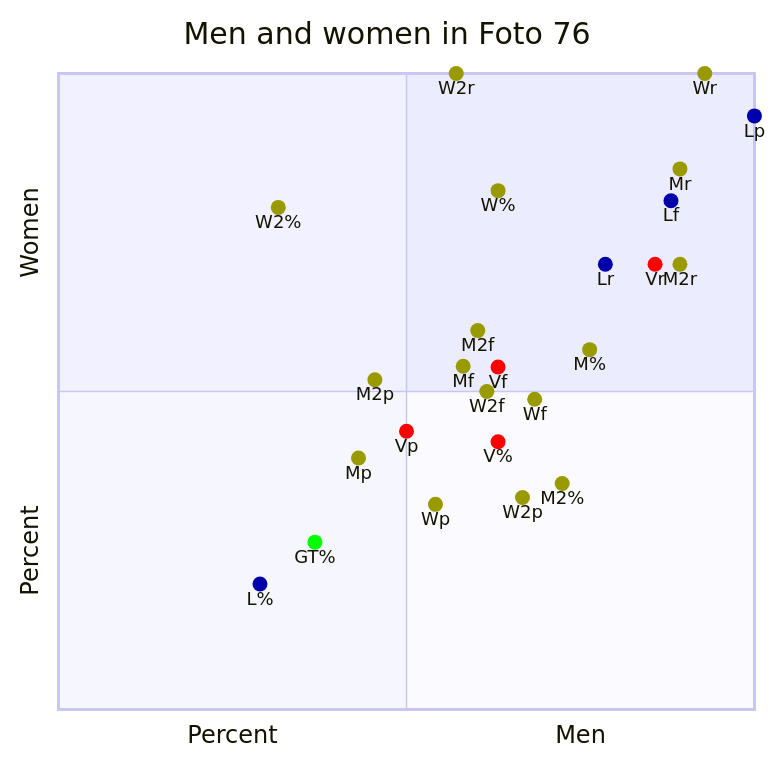
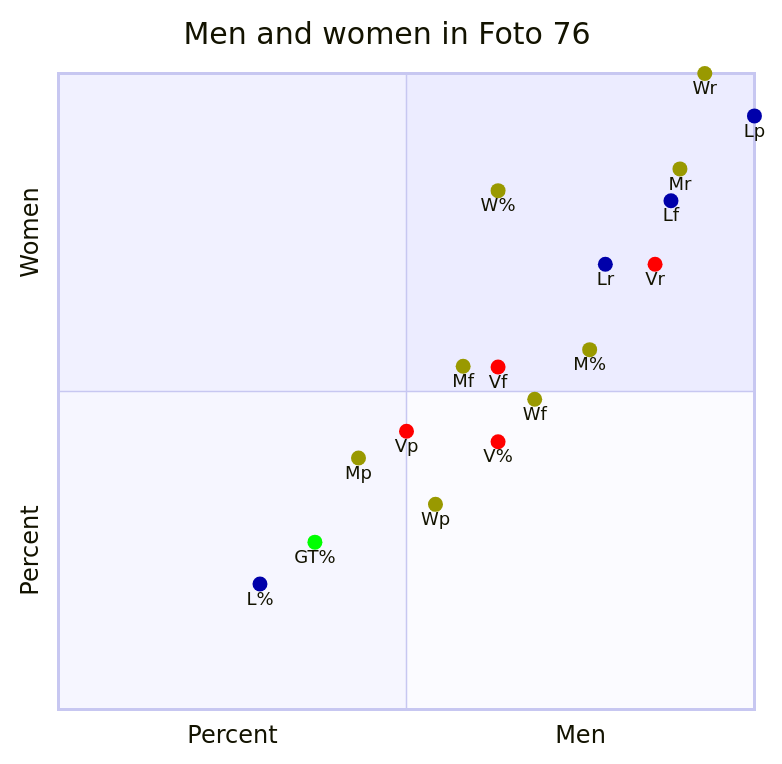
The ninth of 11 diagrams in browser/scatter.md (Modern36/tropes_1500), drawn with Mermaid before and after one commit. The commit also changed other lines of this file and 1 other file, not shown here.

````diff
--- a/browser/scatter.md
+++ b/browser/scatter.md
@@ -303,32 +239,24 @@
 ```mermaid
 quadrantChart
     title Men and women in Foto 76
     x-axis Percent --> Men
     y-axis Percent --> Women
     M%: [0.7631578947368421, 0.5657894736842105] color: #999900
-    M2%: [0.7236842105263158, 0.35526315789473684] color: #999900
     W%: [0.631578947368421, 0.8157894736842105] color: #999900
-    W2%: [0.3157894736842105, 0.7894736842105263] color: #999900
     GT%: [0.3684210526315789, 0.2631578947368421] color: #00FF00
     V%: [0.631578947368421, 0.42105263157894735] color: #FF0000
     L%: [0.2894736842105263, 0.19736842105263158] color: #0000AA
     Lf: [0.88, 0.8]  color: #0000AA
     Lp: [0.9999, 0.9333333333333333]  color: #0000AA
     Lr: [0.7857142857142857, 0.7]  color: #0000AA
     Vf: [0.631578947368421, 0.5384615384615384]  color: #FF0000
     Vp: [0.5, 0.4375]  color: #FF0000
     Vr: [0.8571428571428571, 0.7]  color: #FF0000
-    W2f: [0.6153846153846154, 0.5]  color: #999900
-    W2p: [0.6666666666666666, 0.3333333333333333]  color: #999900
-    W2r: [0.5714285714285714, 0.9999]  color: #999900
     Wf: [0.6842105263157895, 0.4878048780487805]  color: #999900
     Wp: [0.5416666666666666, 0.3225806451612903]  color: #999900
     Wr: [0.9285714285714286, 0.9999]  color: #999900
-    M2f: [0.6024096385542169, 0.5957446808510638]  color: #999900
-    M2p: [0.45454545454545453, 0.5185185185185185]  color: #999900
-    M2r: [0.8928571428571429, 0.7]  color: #999900
     Mf: [0.5813953488372093, 0.5396825396825397]  color: #999900
     Mp: [0.43103448275862066, 0.3953488372093023]  color: #999900
     Mr: [0.8928571428571429, 0.85]  color: #999900
 
 ```
````
